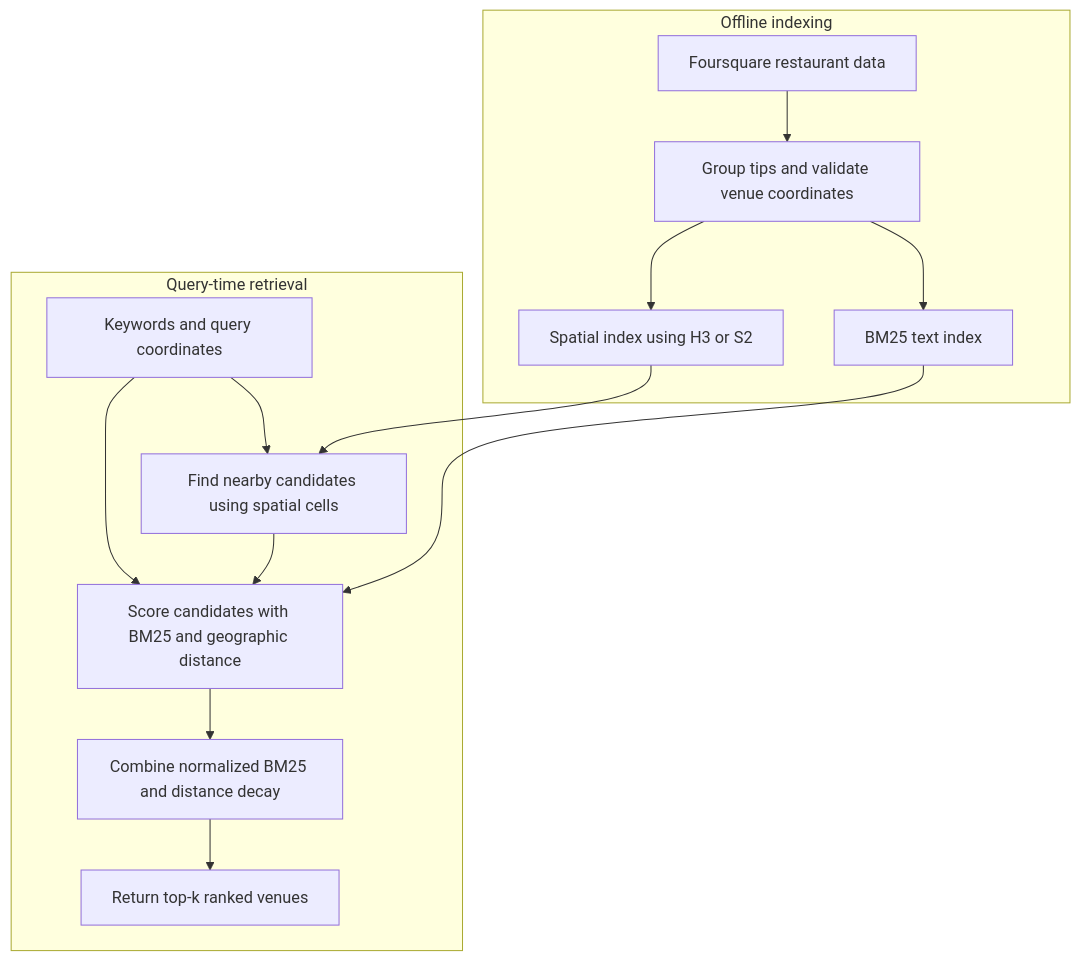
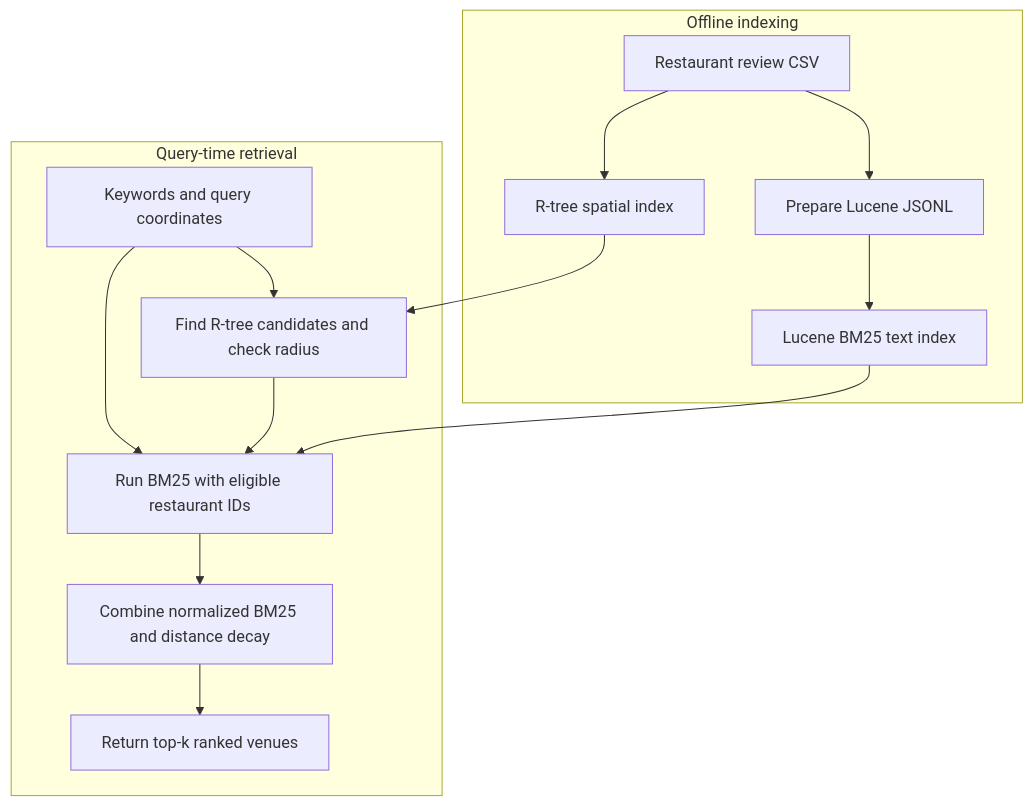
The first of 2 diagrams in README.md (taeyang-uiuc/GeoSearch-IR-CS410), drawn with Mermaid before and after one commit. The commit also changed other lines of this file and 3 other files, not shown here.

````diff
--- a/README.md
+++ b/README.md
@@ -80,18 +82,18 @@
 ```mermaid
 flowchart TD
     subgraph Offline["Offline indexing"]
-        A["Foursquare restaurant data"] --> B["Group tips and validate venue coordinates"]
-        B --> T["BM25 text index"]
-        B --> S["Spatial index using H3 or S2"]
+        A["Restaurant review CSV"] --> B["Prepare Lucene JSONL"]
+        B --> T["Lucene BM25 text index"]
+        A --> S["R-tree spatial index"]
     end
 
     subgraph Online["Query-time retrieval"]
-        Q["Keywords and query coordinates"] --> C["Find nearby candidates using spatial cells"]
+        Q["Keywords and query coordinates"] --> C["Find R-tree candidates and check radius"]
         S --> C
-        C --> R["Score candidates with BM25 and geographic distance"]
+        C --> R["Run BM25 with eligible restaurant IDs"]
         T --> R
         Q --> R
         R --> H["Combine normalized BM25 and distance decay"]
         H --> O["Return top-k ranked venues"]
     end
 ```
````
